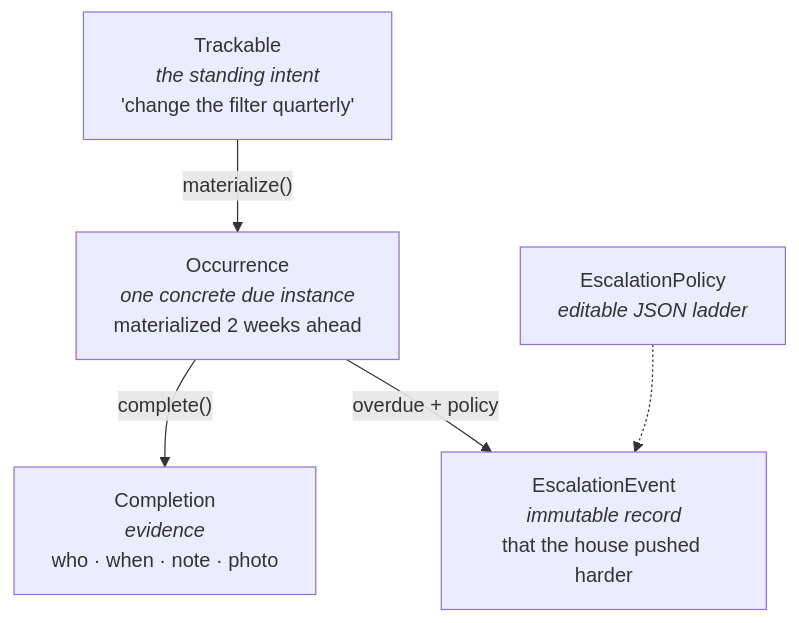
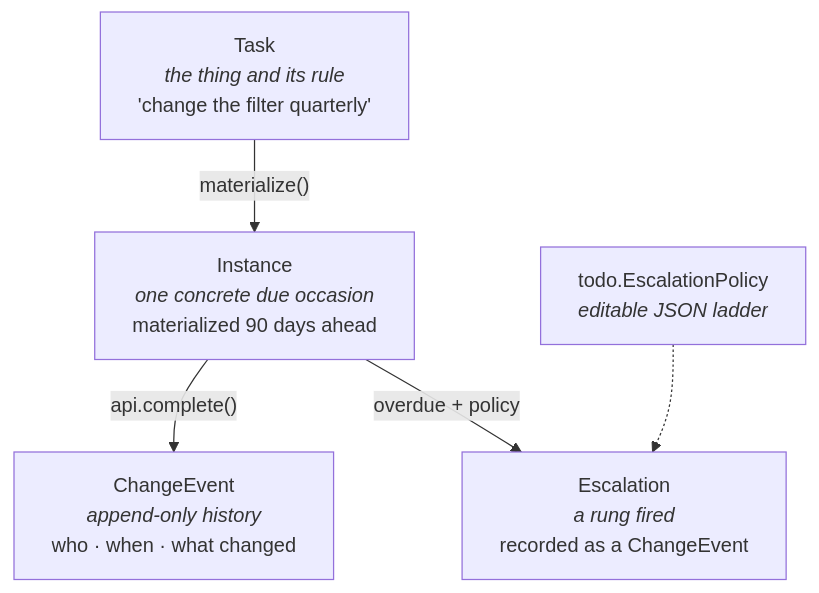
One commit to nitinrameshuf/Nora_Home changed the third of 8 diagrams in docs/Main_App/architecture.md. Above: the diagram before and after it, drawn with Mermaid. The commit also changed other lines of this file and 11 other files, not shown here.

````diff
--- a/docs/Main_App/architecture.md
+++ b/docs/Main_App/architecture.md
@@ -137,14 +144,14 @@
 ```mermaid
 graph TD
-    T["Trackable<br/><i>the standing intent</i><br/>'change the filter quarterly'"]
-    O["Occurrence<br/><i>one concrete due instance</i><br/>materialized 2 weeks ahead"]
-    C["Completion<br/><i>evidence</i><br/>who · when · note · photo"]
-    E["EscalationEvent<br/><i>immutable record</i><br/>that the house pushed harder"]
+    T["Task<br/><i>the thing and its rule</i><br/>'change the filter quarterly'"]
+    O["Instance<br/><i>one concrete due occasion</i><br/>materialized 90 days ahead"]
+    C["ChangeEvent<br/><i>append-only history</i><br/>who · when · what changed"]
+    E["Escalation<br/><i>a rung fired</i><br/>recorded as a ChangeEvent"]
 
     T -->|"materialize()"| O
-    O -->|"complete()"| C
+    O -->|"api.complete()"| C
     O -->|"overdue + policy"| E
 
-    P["EscalationPolicy<br/><i>editable JSON ladder</i>"]
+    P["todo.EscalationPolicy<br/><i>editable JSON ladder</i>"]
     P -.-> E
 ```
````
